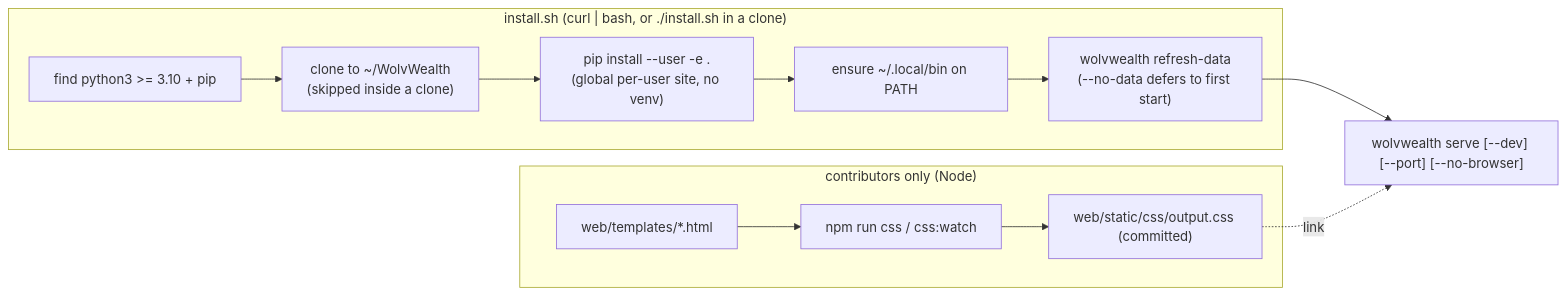
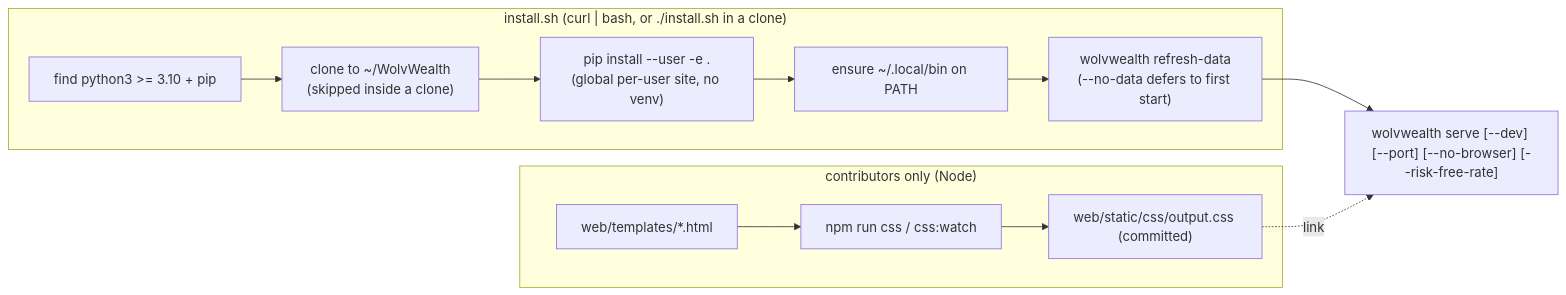
One commit to rramboer/WolvWealth changed the eighth of 9 diagrams in ARCHITECTURE.md. Above: the diagram before and after it, drawn with Mermaid. The commit also changed other lines of this file and 19 other files, not shown here.

First line of the commit message:
Make the risk-free rate an input, defaulting to 4%

````diff
--- a/ARCHITECTURE.md
+++ b/ARCHITECTURE.md
@@ -379,14 +381,14 @@
 ```mermaid
 flowchart LR
     subgraph Install["install.sh (curl | bash, or ./install.sh in a clone)"]
         PY["find python3 >= 3.10 + pip"] --> CL["clone to ~/WolvWealth<br/>(skipped inside a clone)"]
         CL --> PIP["pip install --user -e .<br/>(global per-user site, no venv)"]
         PIP --> PATHFIX["ensure ~/.local/bin on PATH"]
         PATHFIX --> DATA["wolvwealth refresh-data<br/>(--no-data defers to first start)"]
     end
-    DATA --> SERVE["wolvwealth serve [--dev] [--port] [--no-browser]"]
+    DATA --> SERVE["wolvwealth serve [--dev] [--port] [--no-browser] [--risk-free-rate]"]
     subgraph Styling["contributors only (Node)"]
         TPL["web/templates/*.html"] --> TW["npm run css / css:watch"] --> OUT["web/static/css/output.css (committed)"]
     end
     OUT -. "link" .-> SERVE
 ```
````
